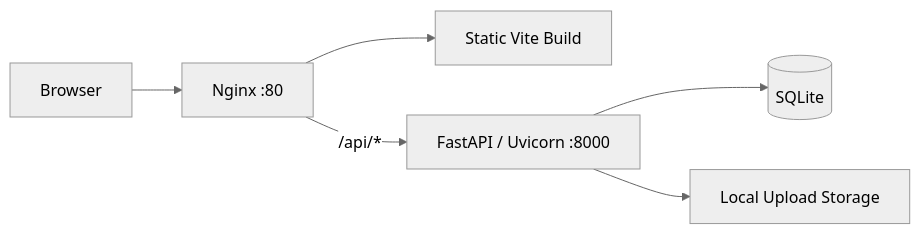
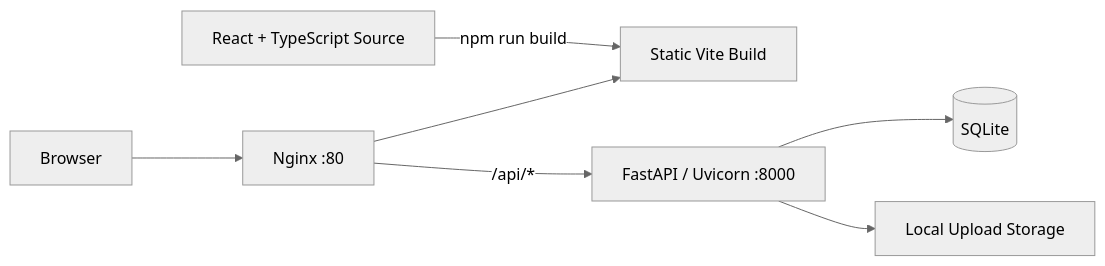
Before and after one commit to Liehu404/MingYue: the diagram in docs/ARCHITECTURE.md, drawn with Mermaid (neutral theme). The commit also changed other lines of this file and 57 other files, not shown here.

Commit message:
Add Mingyue frontend source

````diff
--- a/docs/ARCHITECTURE.md
+++ b/docs/ARCHITECTURE.md
@@ -5,8 +5,9 @@
 ```mermaid
 flowchart LR
   Client[Browser] --> Nginx[Nginx :80]
   Nginx --> Static[Static Vite Build]
+  Frontend[React + TypeScript Source] -->|npm run build| Static
   Nginx -->|/api/*| API[FastAPI / Uvicorn :8000]
   API --> DB[(SQLite)]
   API --> Uploads[Local Upload Storage]
 ```
````
